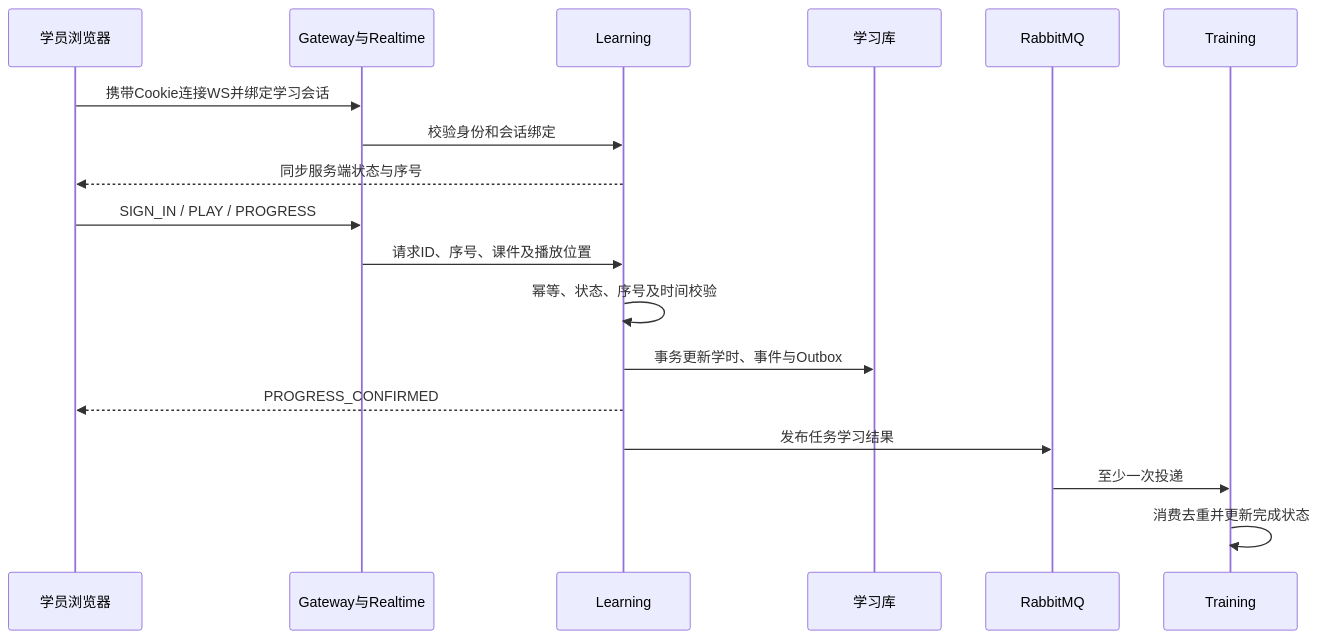
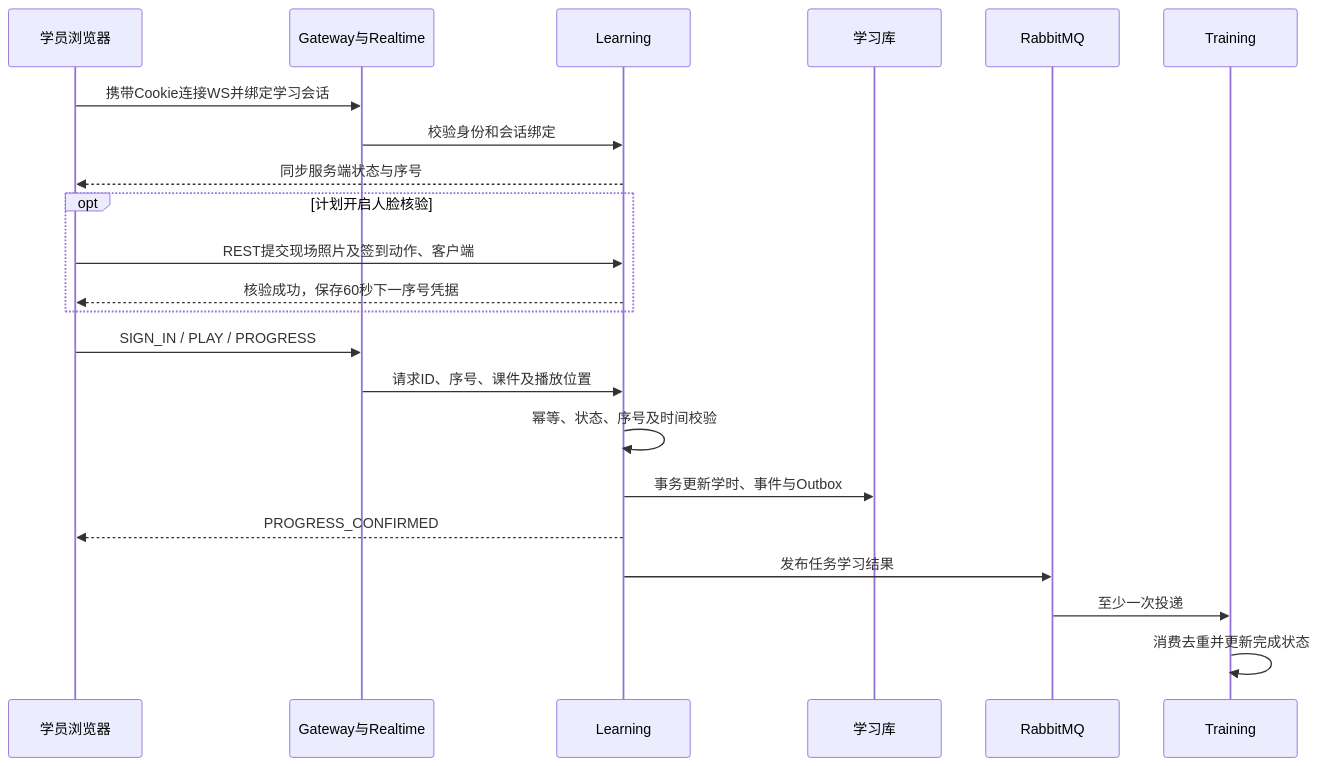
The third of 4 diagrams in docs/thesis/design-and-defense.md (Lijian500/road-transport-training-platform), drawn with Mermaid before and after one commit. The commit also changed other lines of this file and 125 other files, not shown here.

````diff
--- a/docs/thesis/design-and-defense.md
+++ b/docs/thesis/design-and-defense.md
@@ -84,20 +96,24 @@
 ```mermaid
 sequenceDiagram
     participant S as 学员浏览器
     participant G as Gateway与Realtime
     participant L as Learning
     participant D as 学习库
     participant Q as RabbitMQ
     participant T as Training
     S->>G: 携带Cookie连接WS并绑定学习会话
     G->>L: 校验身份和会话绑定
     L-->>S: 同步服务端状态与序号
+    opt 计划开启人脸核验
+        S->>L: REST提交现场照片及签到动作、客户端
+        L-->>S: 核验成功，保存60秒下一序号凭据
+    end
     S->>G: SIGN_IN / PLAY / PROGRESS
     G->>L: 请求ID、序号、课件及播放位置
     L->>L: 幂等、状态、序号及时间校验
     L->>D: 事务更新学时、事件与Outbox
     L-->>S: PROGRESS_CONFIRMED
     L->>Q: 发布任务学习结果
     Q->>T: 至少一次投递
     T->>T: 消费去重并更新完成状态
 ```
````
